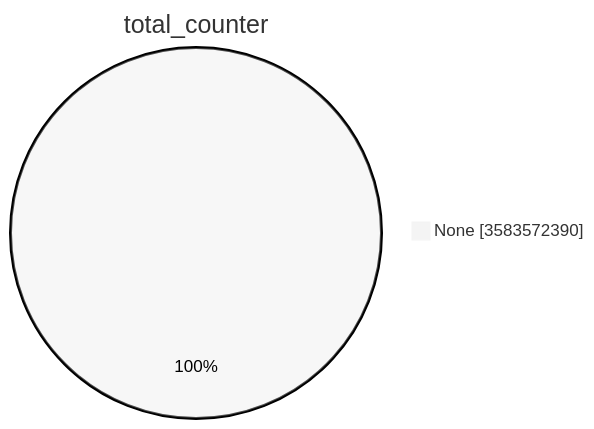
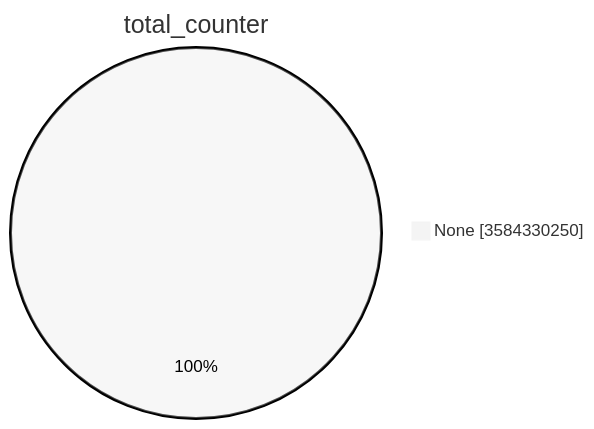
The first of 15 diagrams in TOTAL/README.md (christiankrug/ctmonitor_visualization), drawn with Mermaid (neutral theme) before and after one commit. The commit also changed other lines of this file, not shown here.

````diff
--- a/TOTAL/README.md
+++ b/TOTAL/README.md
@@ -1,5 +1,5 @@
 ```mermaid
 pie showData
 title total_counter
-"None" :3583572390
+"None" :3584330250
 ```
````
